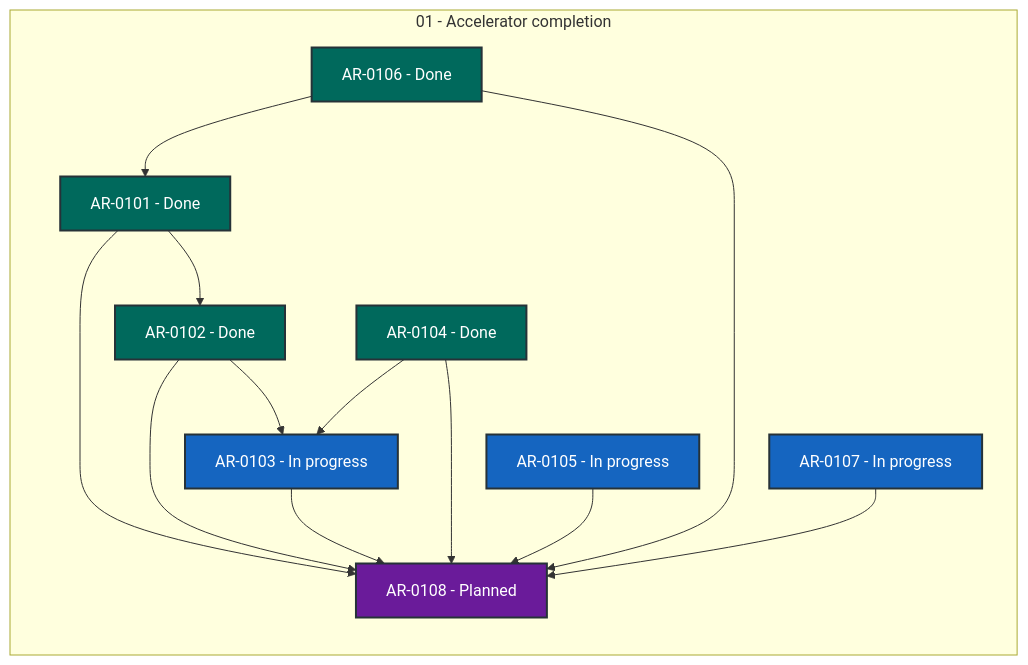
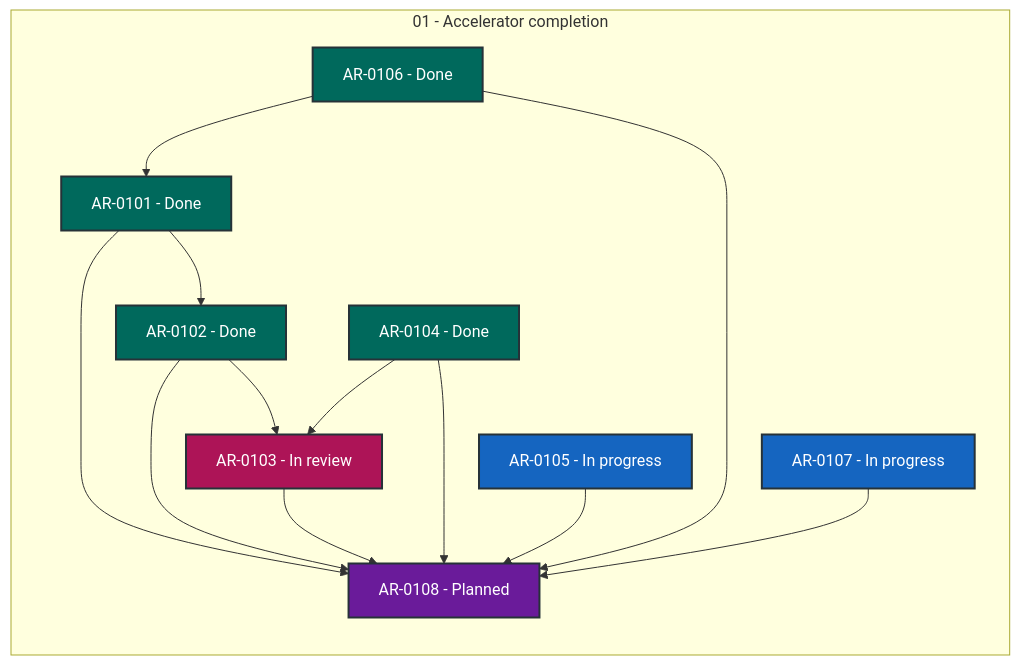
The diagram in coordination/STATUS.md (locutus3009/exgame), drawn with Mermaid before and after one commit. The commit also changed other lines of this file and 2 other files, not shown here.

````diff
--- a/coordination/STATUS.md
+++ b/coordination/STATUS.md
@@ -28,34 +28,34 @@
 ```mermaid
 flowchart LR
     subgraph series_01["01 - Accelerator completion"]
         direction TB
         AR_0101["AR-0101 - Done"]:::status_done
         AR_0102["AR-0102 - Done"]:::status_done
-        AR_0103["AR-0103 - In progress"]:::status_in_progress
+        AR_0103["AR-0103 - In review"]:::status_in_review
         AR_0104["AR-0104 - Done"]:::status_done
         AR_0105["AR-0105 - In progress"]:::status_in_progress
         AR_0106["AR-0106 - Done"]:::status_done
         AR_0107["AR-0107 - In progress"]:::status_in_progress
         AR_0108["AR-0108 - Planned"]:::status_planned
     end
     AR_0101 --> AR_0102
     AR_0101 --> AR_0108
     AR_0102 --> AR_0103
     AR_0102 --> AR_0108
     AR_0103 --> AR_0108
     AR_0104 --> AR_0103
     AR_0104 --> AR_0108
     AR_0105 --> AR_0108
     AR_0106 --> AR_0101
     AR_0106 --> AR_0108
     AR_0107 --> AR_0108
     classDef status_in_progress fill:#1565c0,color:#ffffff,stroke:#263238,stroke-width:2px
     classDef status_in_review fill:#ad1457,color:#ffffff,stroke:#263238,stroke-width:2px
     classDef status_open fill:#2e7d32,color:#ffffff,stroke:#263238,stroke-width:2px
     classDef status_blocked fill:#c62828,color:#ffffff,stroke:#263238,stroke-width:2px
     classDef status_planned fill:#6a1b9a,color:#ffffff,stroke:#263238,stroke-width:2px
     classDef status_future fill:#455a64,color:#ffffff,stroke:#263238,stroke-width:2px
     classDef status_done fill:#00695c,color:#ffffff,stroke:#263238,stroke-width:2px
     classDef status_cancelled fill:#616161,color:#ffffff,stroke:#263238,stroke-width:2px
     classDef status_superseded fill:#5d4037,color:#ffffff,stroke:#263238,stroke-width:2px
 ```
````
